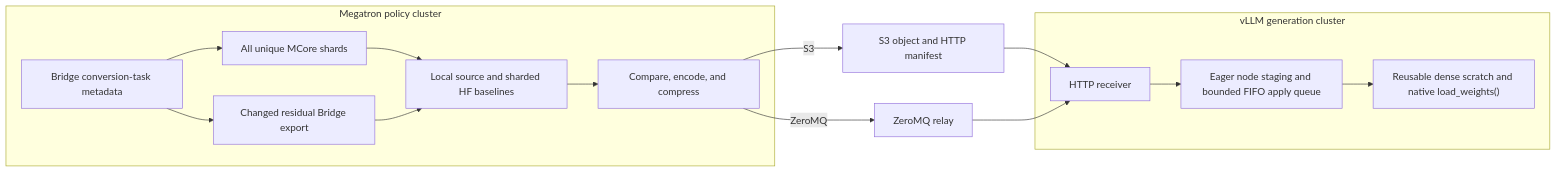
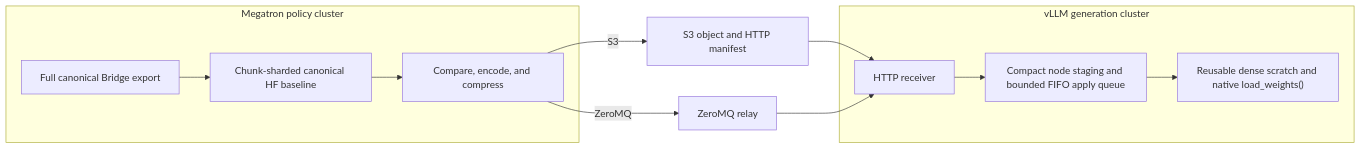
Before and after one commit to svcnemo-autobot/RL: the diagram in docs/design-docs/sparse-delta-refit.md, drawn with Mermaid. The commit also changed other lines of this file and 22 other files, not shown here.

Commit message:
Remove mcore local baseline and clean up

````diff
--- a/docs/design-docs/sparse-delta-refit.md
+++ b/docs/design-docs/sparse-delta-refit.md
@@ -33,28 +33,23 @@
 ```mermaid
 flowchart LR
   subgraph P["Megatron policy cluster"]
-    T["Bridge conversion-task metadata"]
-    L["All unique MCore shards"]
-    B["Changed residual Bridge export"]
-    C["Local source and sharded HF baselines"]
+    B["Full canonical Bridge export"]
+    C["Chunk-sharded canonical HF baseline"]
     E["Compare, encode, and compress"]
-    T --> L
-    T --> B
-    L --> C
     B --> C
     C --> E
   end
 
   S["S3 object and HTTP manifest"]
   Z["ZeroMQ relay"]
 
   subgraph G["vLLM generation cluster"]
     H["HTTP receiver"]
-    Q["Eager node staging and bounded FIFO apply queue"]
+    Q["Compact node staging and bounded FIFO apply queue"]
     A["Reusable dense scratch and native load_weights()"]
     H --> Q --> A
   end
 
   E -->|S3| S --> H
   E -->|ZeroMQ| Z --> H
 ```
````
